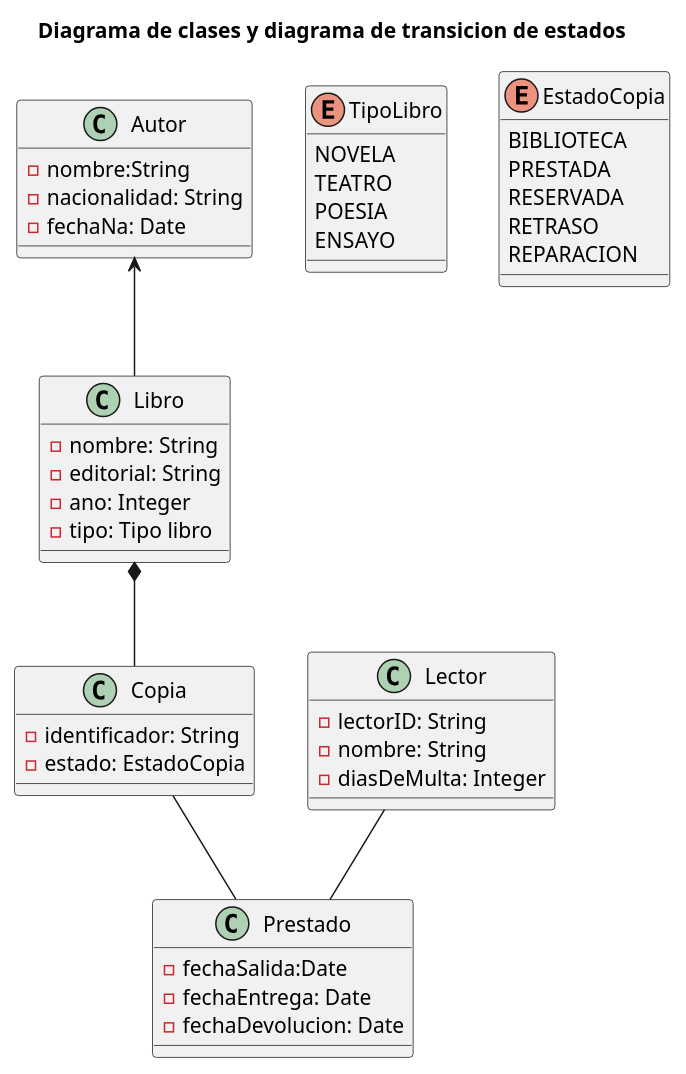
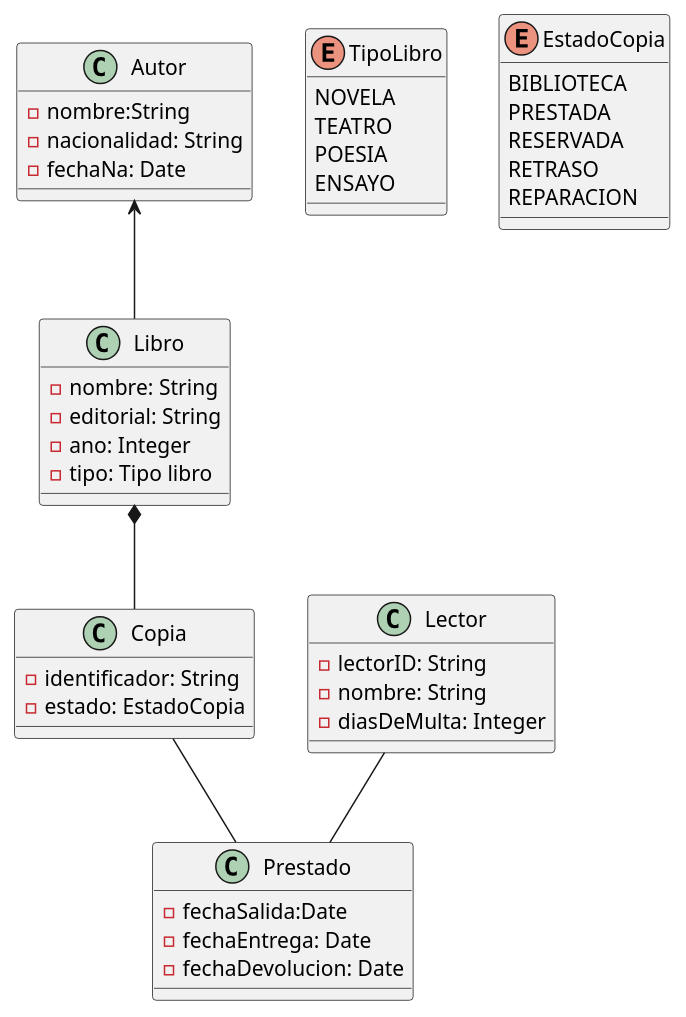
The diagram in EjerciciosUML/EjerciciosUML/src/plantUMLDiagramas/Ejercicio3.puml (Atzlares/DiagramasUML), drawn with PlantUML before and after one commit. The commit also changed 1 other file, not shown here.

```diff
--- a/EjerciciosUML/EjerciciosUML/src/plantUMLDiagramas/Ejercicio3.puml
+++ b/EjerciciosUML/EjerciciosUML/src/plantUMLDiagramas/Ejercicio3.puml
@@ -1,57 +1,56 @@
 @startuml
-title Diagrama de clases y diagrama de transicion de estados
 
 
 class Autor{
 -nombre:String
 -nacionalidad: String
 -fechaNa: Date
 }
 
 class Libro{
 -nombre: String
 -editorial: String
 -ano: Integer
 -tipo: Tipo libro
 
 }
 
 class Copia{
 -identificador: String
 -estado: EstadoCopia
 }
 
 class Lector{
 -lectorID: String
 -nombre: String
 -diasDeMulta: Integer
 }
 
 class Prestado{
 -fechaSalida:Date
 -fechaEntrega: Date
 -fechaDevolucion: Date
 }
 
 enum TipoLibro{
 NOVELA
 TEATRO
 POESIA
 ENSAYO
 }
 
 enum EstadoCopia{
 BIBLIOTECA
 PRESTADA
 RESERVADA
 RETRASO
 REPARACION
 }
 
 Autor <-- Libro
 Libro *-- Copia
 Lector -- Prestado
 Copia -- Prestado
 
 
 @enduml
```
